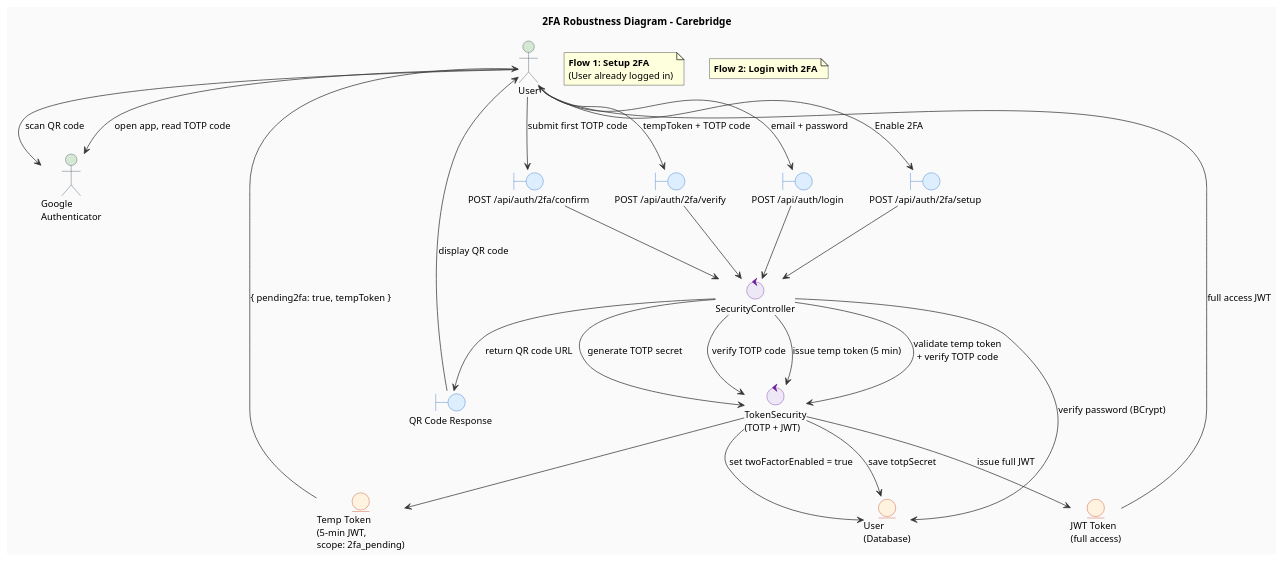
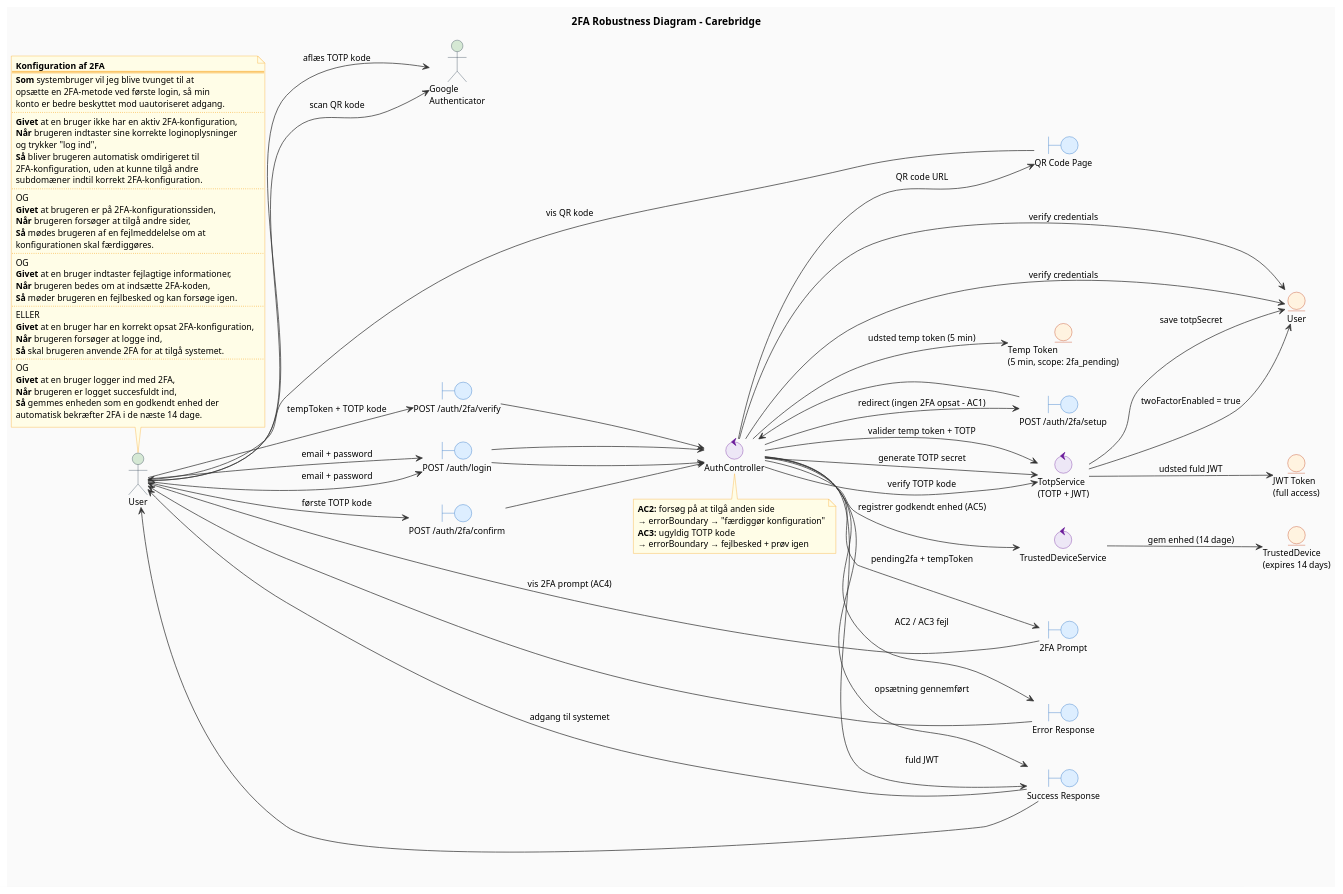
The diagram in 2fa_robustness.puml (b-rino/carebridge-backend-local), drawn with PlantUML before and after one commit. The commit also changed 1 other file, not shown here.

Commit message:
Added additional acceptance criterias and a AI-generated Robustness Diagram

```diff
--- a/2fa_robustness.puml
+++ b/2fa_robustness.puml
@@ -1,98 +1,168 @@
 @startuml 2FA_Robustness_Diagram
 title 2FA Robustness Diagram – Carebridge
 
+left to right direction
+
 skinparam backgroundColor #FAFAFA
 skinparam defaultFontName Arial
-skinparam defaultFontSize 13
+skinparam defaultFontSize 12
 skinparam ArrowColor #333333
+skinparam NoteBackgroundColor #FFFDE7
+skinparam NoteBorderColor #F9A825
 
 skinparam actor {
     BorderColor #2C3E50
     BackgroundColor #D5E8D4
 }
 skinparam boundary {
     BorderColor #1565C0
     BackgroundColor #DDEEFF
 }
 skinparam control {
     BorderColor #6A1B9A
     BackgroundColor #EDE7F6
 }
 skinparam entity {
     BorderColor #BF360C
     BackgroundColor #FFF3E0
 }
 
 ' ─────────────────────────────────────────
+' USER STORY – venstre side
+' ─────────────────────────────────────────
+note as userStory #FFFDE7
+  <b>Konfiguration af 2FA</b>
+  ====
+  <b>Som</b> systembruger vil jeg blive tvunget til at
+  opsætte en 2FA-metode ved første login, så min
+  konto er bedre beskyttet mod uautoriseret adgang.
+  ....
+  <b>Givet</b> at en bruger ikke har en aktiv 2FA-konfiguration,
+  <b>Når</b> brugeren indtaster sine korrekte loginoplysninger
+  og trykker "log ind",
+  <b>Så</b> bliver brugeren automatisk omdirigeret til
+  2FA-konfiguration, uden at kunne tilgå andre
+  subdomæner indtil korrekt 2FA-konfiguration.
+  ....
+  OG
+  <b>Givet</b> at brugeren er på 2FA-konfigurationssiden,
+  <b>Når</b> brugeren forsøger at tilgå andre sider,
+  <b>Så</b> mødes brugeren af en fejlmeddelelse om at
+  konfigurationen skal færdiggøres.
+  ....
+  OG
+  <b>Givet</b> at en bruger indtaster fejlagtige informationer,
+  <b>Når</b> brugeren bedes om at indsætte 2FA-koden,
+  <b>Så</b> møder brugeren en fejlbesked og kan forsøge igen.
+  ....
+  ELLER
+  <b>Givet</b> at en bruger har en korrekt opsat 2FA-konfiguration,
+  <b>Når</b> brugeren forsøger at logge ind,
+  <b>Så</b> skal brugeren anvende 2FA for at tilgå systemet.
+  ....
+  OG
+  <b>Givet</b> at en bruger logger ind med 2FA,
+  <b>Når</b> brugeren er logget succesfuldt ind,
+  <b>Så</b> gemmes enheden som en godkendt enhed der
+  automatisk bekræfter 2FA i de næste 14 dage.
+end note
+
+' ─────────────────────────────────────────
 ' ACTORS
 ' ─────────────────────────────────────────
 actor "User" as user
 actor "Google\nAuthenticator" as ga
 
 ' ─────────────────────────────────────────
-' BOUNDARY OBJECTS (API endpoints / UI)
+' BOUNDARY OBJECTS
 ' ─────────────────────────────────────────
-boundary "POST /api/auth/login" as loginEndpoint
-boundary "POST /api/auth/2fa/setup" as setupEndpoint
-boundary "POST /api/auth/2fa/confirm" as confirmEndpoint
-boundary "POST /api/auth/2fa/verify" as verifyEndpoint
-boundary "QR Code Response" as qrCode
+boundary "POST /auth/login" as loginEndpoint
+boundary "POST /auth/2fa/setup" as setupEndpoint
+boundary "POST /auth/2fa/confirm" as confirmEndpoint
+boundary "POST /auth/2fa/verify" as verifyEndpoint
+boundary "QR Code Page" as qrBoundary
+boundary "2FA Prompt" as promptBoundary
+boundary "Error Response" as errorBoundary
+boundary "Success Response" as successBoundary
 
 ' ─────────────────────────────────────────
 ' CONTROL OBJECTS
 ' ─────────────────────────────────────────
-control "SecurityController" as secCtrl
-control "TokenSecurity\n(TOTP + JWT)" as tokenSec
+control "AuthController" as authCtrl
+control "TotpService\n(TOTP + JWT)" as totpSvc
+control "TrustedDeviceService" as deviceSvc
 
 ' ─────────────────────────────────────────
 ' ENTITY OBJECTS
 ' ─────────────────────────────────────────
-entity "User\n(Database)" as userEntity
-entity "Temp Token\n(5-min JWT,\nscope: 2fa_pending)" as tempToken
+entity "User" as userEntity
+entity "Temp Token\n(5 min, scope: 2fa_pending)" as tempToken
 entity "JWT Token\n(full access)" as jwtToken
+entity "TrustedDevice\n(expires 14 days)" as trustedDevice
 
-' ═══════════════════════════════════════════
-' FLOW 1 – Setup 2FA
-' ═══════════════════════════════════════════
+' ─────────────────────────────────────────
+' POSITIONERING – note holdes til venstre
+' ─────────────────────────────────────────
+userStory -[hidden]right-> user
 
-note as n1
-  <b>Flow 1: Setup 2FA</b>
-  (User already logged in)
+' ═══════════════════════════════════════════════════
+' FLOW 1 – Første login: tvungen 2FA-opsætning
+' AC1: ingen 2FA → redirect til opsætning
+' AC2: blokeret under opsætning
+' AC3: ugyldig kode under opsætning
+' ═══════════════════════════════════════════════════
+
+user --> loginEndpoint : email + password
+loginEndpoint --> authCtrl
+authCtrl --> userEntity : verify credentials
+authCtrl --> setupEndpoint : redirect (ingen 2FA opsat – AC1)
+setupEndpoint --> authCtrl
+authCtrl --> totpSvc : generate TOTP secret
+totpSvc --> userEntity : save totpSecret
+authCtrl --> qrBoundary : QR code URL
+qrBoundary --> user : vis QR kode
+
+user --> ga : scan QR kode
+
+user --> confirmEndpoint : første TOTP kode
+confirmEndpoint --> authCtrl
+
+note bottom of authCtrl
+  <b>AC2:</b> forsøg på at tilgå anden side
+  → errorBoundary → "færdiggør konfiguration"
+  <b>AC3:</b> ugyldig TOTP kode
+  → errorBoundary → fejlbesked + prøv igen
 end note
 
-user --> setupEndpoint : "Enable 2FA"
-setupEndpoint --> secCtrl
-secCtrl --> tokenSec : generate TOTP secret
-tokenSec --> userEntity : save totpSecret
-secCtrl --> qrCode : return QR code URL
-qrCode --> user : display QR code
-user --> ga : scan QR code
+authCtrl --> errorBoundary : AC2 / AC3 fejl
+errorBoundary --> user
 
-user --> confirmEndpoint : submit first TOTP code
-confirmEndpoint --> secCtrl
-secCtrl --> tokenSec : verify TOTP code
-tokenSec --> userEntity : set twoFactorEnabled = true
+authCtrl --> totpSvc : verify TOTP kode
+totpSvc --> userEntity : twoFactorEnabled = true
+authCtrl --> successBoundary : opsætning gennemført
+successBoundary --> user
 
-' ═══════════════════════════════════════════
-' FLOW 2 – Login with 2FA
-' ═══════════════════════════════════════════
-
-note as n2
-  <b>Flow 2: Login with 2FA</b>
-end note
+' ═══════════════════════════════════════════════════
+' FLOW 2 – Login med eksisterende 2FA
+' AC4: 2FA påkrævet ved login
+' AC5: godkendt enhed huskes 14 dage
+' ═══════════════════════════════════════════════════
 
 user --> loginEndpoint : email + password
-loginEndpoint --> secCtrl
-secCtrl --> userEntity : verify password (BCrypt)
-secCtrl --> tokenSec : issue temp token (5 min)
-tokenSec --> tempToken
-tempToken --> user : { pending2fa: true, tempToken }
+loginEndpoint --> authCtrl
+authCtrl --> userEntity : verify credentials
+authCtrl --> tempToken : udsted temp token (5 min)
+authCtrl --> promptBoundary : pending2fa + tempToken
+promptBoundary --> user : vis 2FA prompt (AC4)
 
-user --> ga : open app, read TOTP code
-user --> verifyEndpoint : tempToken + TOTP code
-verifyEndpoint --> secCtrl
-secCtrl --> tokenSec : validate temp token\n+ verify TOTP code
-tokenSec --> jwtToken : issue full JWT
-jwtToken --> user : full access JWT
+user --> ga : aflæs TOTP kode
+user --> verifyEndpoint : tempToken + TOTP kode
+verifyEndpoint --> authCtrl
+authCtrl --> totpSvc : valider temp token + TOTP
+totpSvc --> jwtToken : udsted fuld JWT
+authCtrl --> deviceSvc : registrer godkendt enhed (AC5)
+deviceSvc --> trustedDevice : gem enhed (14 dage)
+authCtrl --> successBoundary : fuld JWT
+successBoundary --> user : adgang til systemet
 
 @enduml
```
